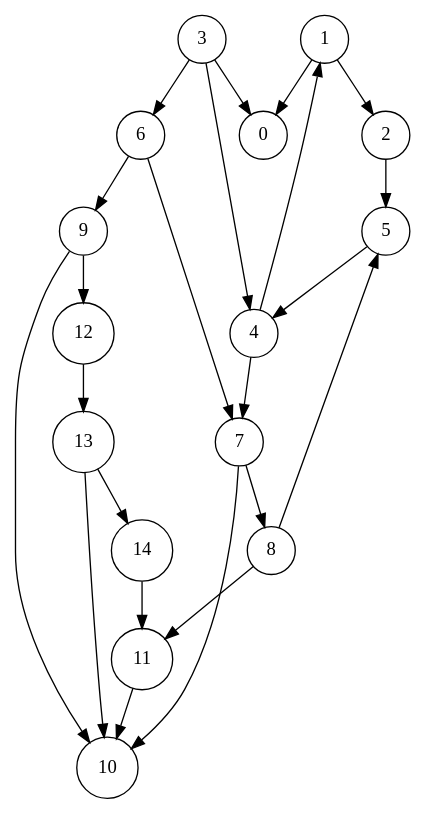
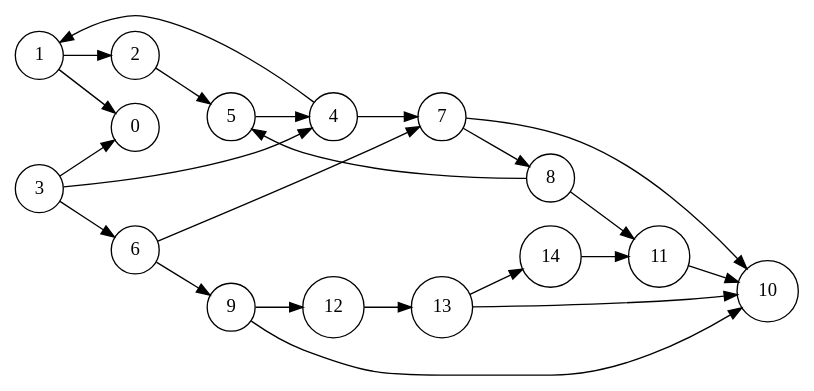
One commit to majkser/AiSD2 changed the diagram in zestaw10/ZadanieA/g3.dot. Above: the diagram before and after it, drawn with Graphviz. The commit also changed 5 other files, not shown here.

Commit message:
fix: images of the graphs

```diff
--- a/zestaw10/ZadanieA/g3.dot
+++ b/zestaw10/ZadanieA/g3.dot
@@ -1,25 +1,41 @@
-digraph G {
+digraph g3 {
   node [shape=circle];
+  rankdir=LR;
+  0;
+  1;
+  2;
+  3;
+  4;
+  5;
+  6;
+  7;
+  8;
+  9;
+  10;
+  11;
+  12;
+  13;
+  14;
   1 -> 0;
   1 -> 2;
   2 -> 5;
   3 -> 0;
   3 -> 4;
   3 -> 6;
   4 -> 1;
   4 -> 7;
   5 -> 4;
   6 -> 7;
   6 -> 9;
   7 -> 8;
   7 -> 10;
   8 -> 5;
   8 -> 11;
   9 -> 10;
   9 -> 12;
   11 -> 10;
   12 -> 13;
   13 -> 10;
   13 -> 14;
   14 -> 11;
 }
```
